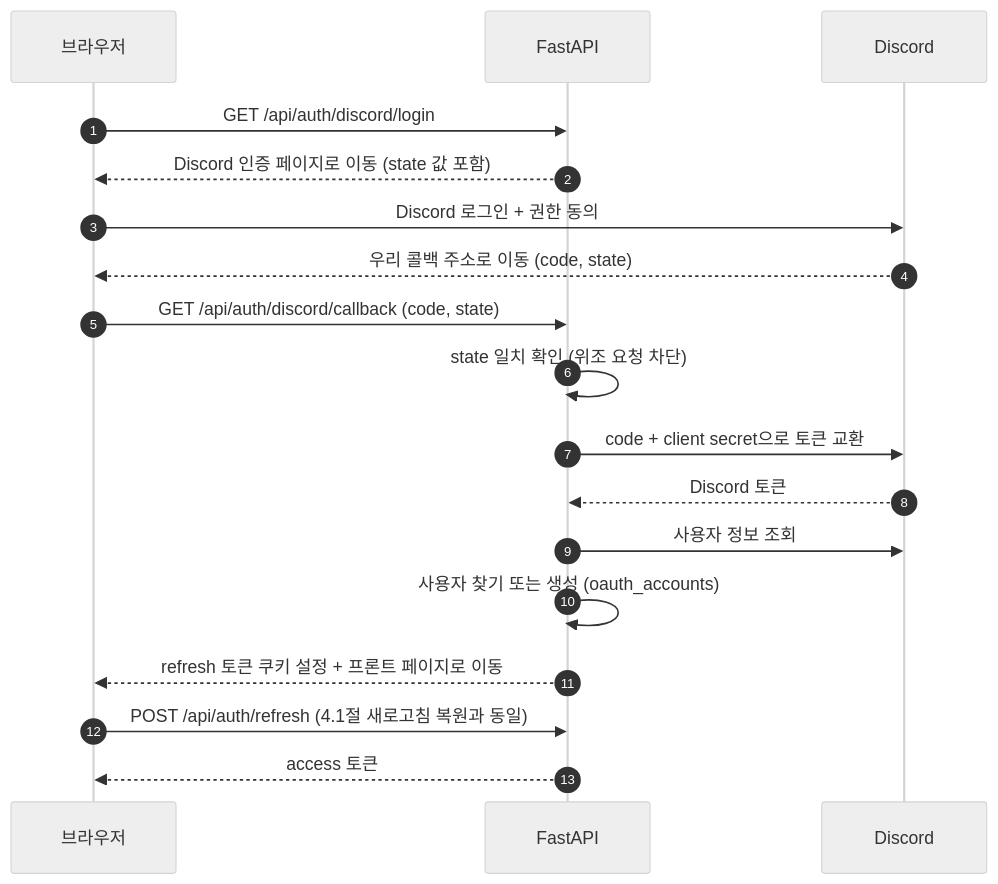
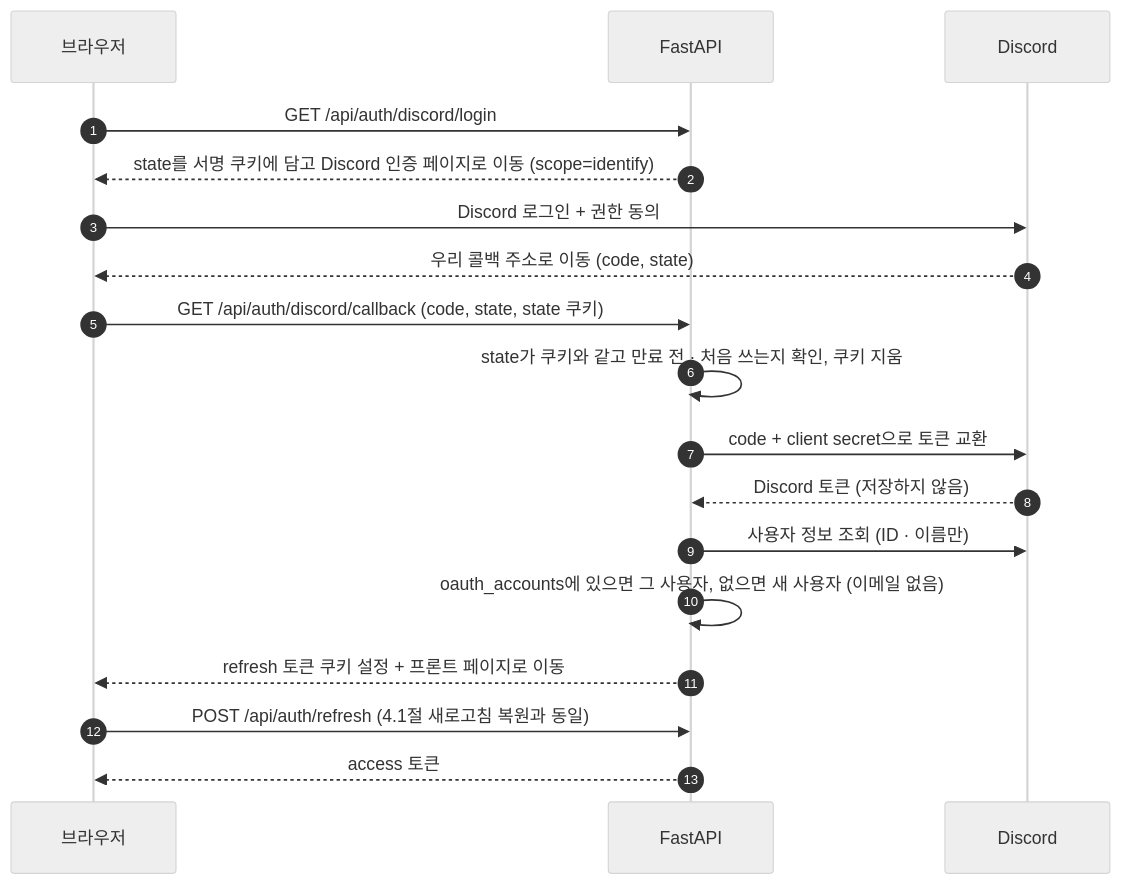
Before and after one commit to sagming40/PlayLedger: the sixth of 10 diagrams in docs/ARCHITECTURE.md, drawn with Mermaid (neutral theme). The commit also changed other lines of this file and 18 other files, not shown here.

````diff
--- a/docs/ARCHITECTURE.md
+++ b/docs/ARCHITECTURE.md
@@ -448,21 +448,21 @@
 ```mermaid
 sequenceDiagram
     autonumber
     participant B as 브라우저
     participant A as FastAPI
     participant Dc as Discord
 
     B->>A: GET /api/auth/discord/login
-    A-->>B: Discord 인증 페이지로 이동 (state 값 포함)
+    A-->>B: state를 서명 쿠키에 담고 Discord 인증 페이지로 이동 (scope=identify)
     B->>Dc: Discord 로그인 + 권한 동의
     Dc-->>B: 우리 콜백 주소로 이동 (code, state)
-    B->>A: GET /api/auth/discord/callback (code, state)
-    A->>A: state 일치 확인 (위조 요청 차단)
+    B->>A: GET /api/auth/discord/callback (code, state, state 쿠키)
+    A->>A: state가 쿠키와 같고 만료 전 · 처음 쓰는지 확인, 쿠키 지움
     A->>Dc: code + client secret으로 토큰 교환
-    Dc-->>A: Discord 토큰
-    A->>Dc: 사용자 정보 조회
-    A->>A: 사용자 찾기 또는 생성 (oauth_accounts)
+    Dc-->>A: Discord 토큰 (저장하지 않음)
+    A->>Dc: 사용자 정보 조회 (ID · 이름만)
+    A->>A: oauth_accounts에 있으면 그 사용자, 없으면 새 사용자 (이메일 없음)
     A-->>B: refresh 토큰 쿠키 설정 + 프론트 페이지로 이동
     B->>A: POST /api/auth/refresh (4.1절 새로고침 복원과 동일)
     A-->>B: access 토큰
 ```
````
